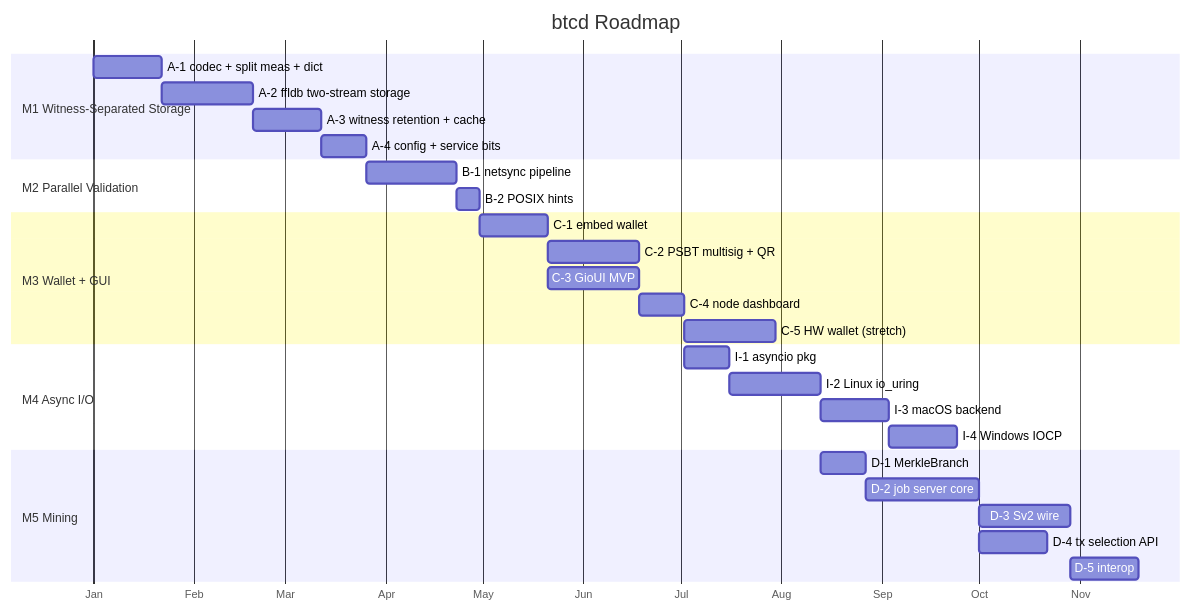
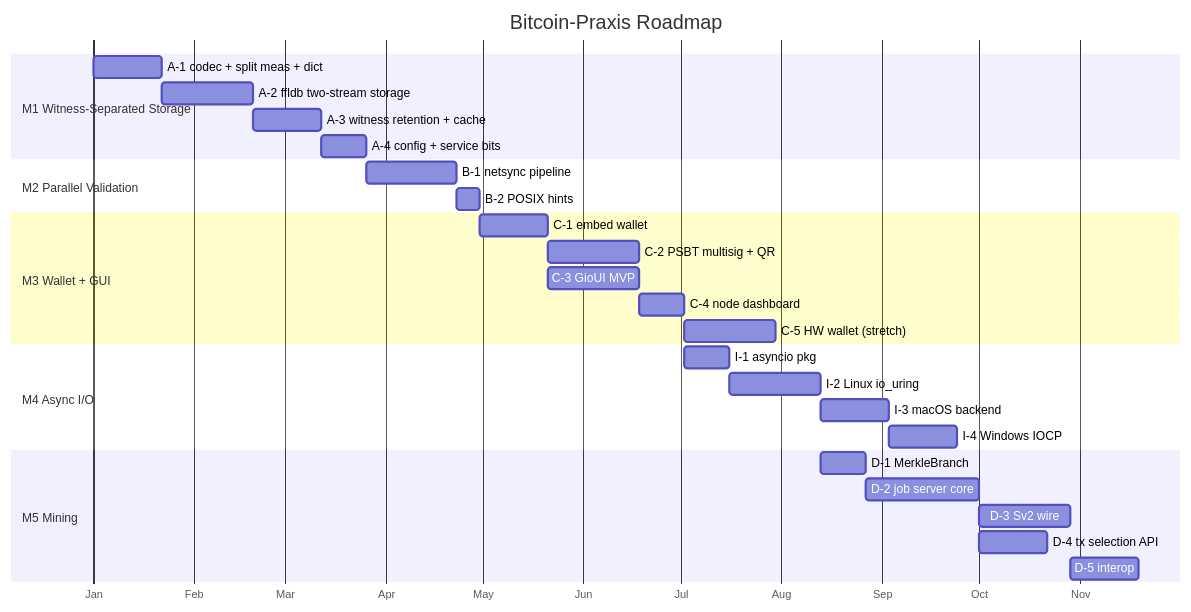
One commit to btcsuite/btcd changed the second of 2 diagrams in docs/ROADMAP.md. Above: the diagram before and after it, drawn with Mermaid. The commit also changed other lines of this file and 22 other files, not shown here.

First line of the commit message:
multi: brand as Bitcoin-Praxis / praxisd and add funding

````diff
--- a/docs/ROADMAP.md
+++ b/docs/ROADMAP.md
@@ -638,36 +641,36 @@
 ```mermaid
 gantt
-    title btcd Roadmap
+    title Bitcoin-Praxis Roadmap
     dateFormat YYYY-MM-DD
     axisFormat %b
 
     section M1 Witness-Separated Storage
     A-1 codec + split meas + dict   :m1a, 2026-01-01, 21d
     A-2 ffldb two-stream storage    :m1b, after m1a, 28d
     A-3 witness retention + cache   :m1c, after m1b, 21d
     A-4 config + service bits       :m1d, after m1c, 14d
 
     section M2 Parallel Validation
     B-1 netsync pipeline            :m2a, after m1d, 28d
     B-2 POSIX hints                 :m2b, after m2a, 7d
 
     section M3 Wallet + GUI
     C-1 embed wallet                :m3a, after m2b, 21d
     C-2 PSBT multisig + QR          :m3b, after m3a, 28d
     C-3 GioUI MVP                   :m3c, after m3a, 28d
     C-4 node dashboard              :m3d, after m3c, 14d
     C-5 HW wallet (stretch)         :m3e, after m3d, 28d
 
     section M4 Async I/O
     I-1 asyncio pkg                 :m4a, after m3d, 14d
     I-2 Linux io_uring              :m4b, after m4a, 28d
     I-3 macOS backend               :m4c, after m4b, 21d
     I-4 Windows IOCP                :m4d, after m4c, 21d
 
     section M5 Mining
     D-1 MerkleBranch                :m5a, after m4b, 14d
     D-2 job server core             :m5b, after m5a, 35d
     D-3 Sv2 wire                    :m5c, after m5b, 28d
     D-4 tx selection API            :m5d, after m5b, 21d
     D-5 interop                     :m5e, after m5c, 21d
 ```
````
